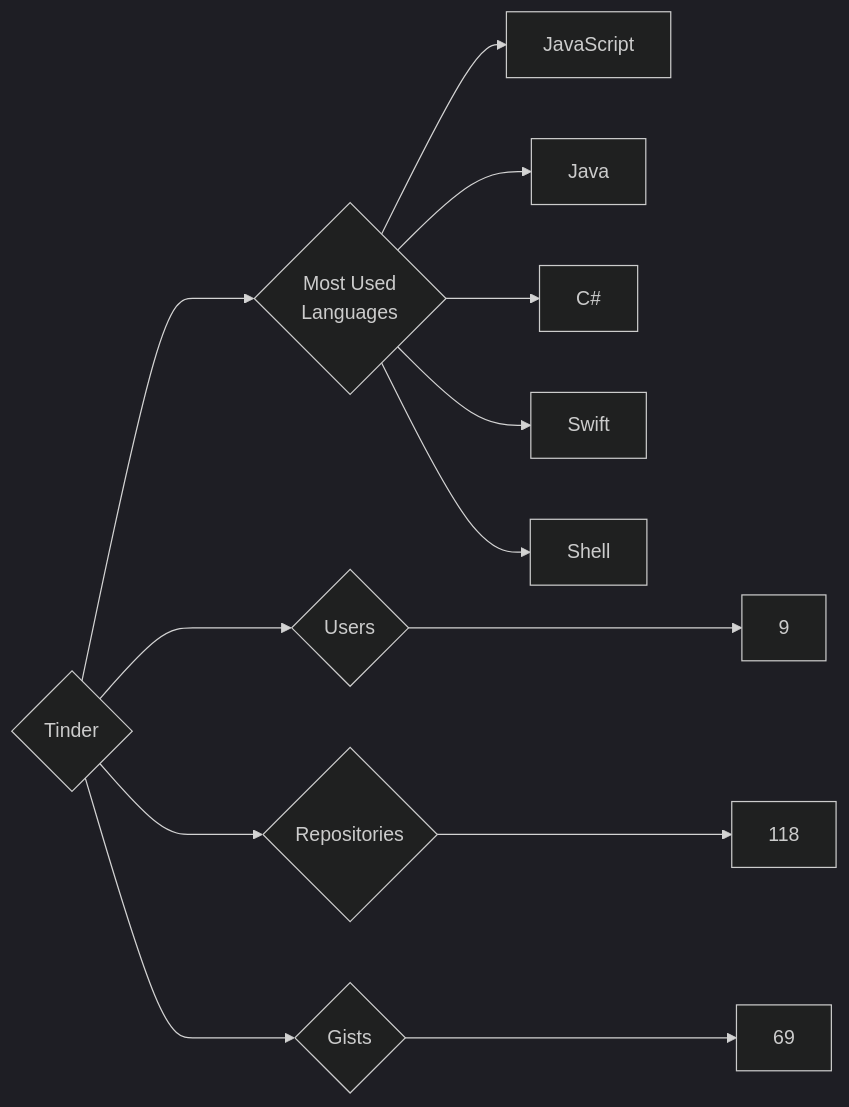
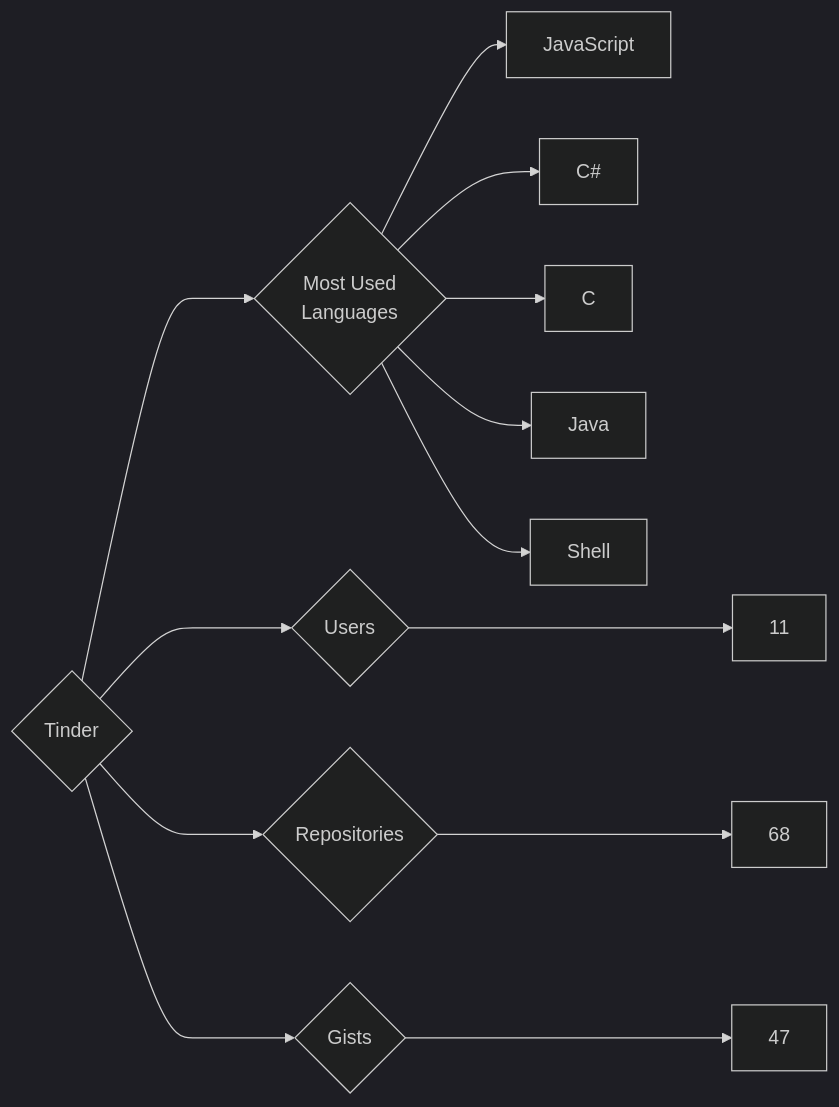
The diagram in targets/Tinder/README.md (trickest/insiders), drawn with Mermaid (dark theme) before and after one commit. The commit also changed 829 other files, not shown here.

````diff
--- a/targets/Tinder/README.md
+++ b/targets/Tinder/README.md
@@ -3,13 +3,13 @@
 ```mermaid
 graph LR
 COMPANY_NAME{Tinder}
-COMPANY_NAME ---> U{Users} ---> UN[9]
-COMPANY_NAME ---> R{Repositories} ---> RN[118]
-COMPANY_NAME ---> G{Gists} ---> GN[69]
+COMPANY_NAME ---> U{Users} ---> UN[11]
+COMPANY_NAME ---> R{Repositories} ---> RN[68]
+COMPANY_NAME ---> G{Gists} ---> GN[47]
 COMPANY_NAME ---> ML{Most Used<br>Languages}
 ML --> JavaScript[JavaScript]
+ML --> C#[C#]
+ML --> C[C]
 ML --> Java[Java]
-ML --> C#[C#]
-ML --> Swift[Swift]
 ML --> Shell[Shell]
 ```
````
